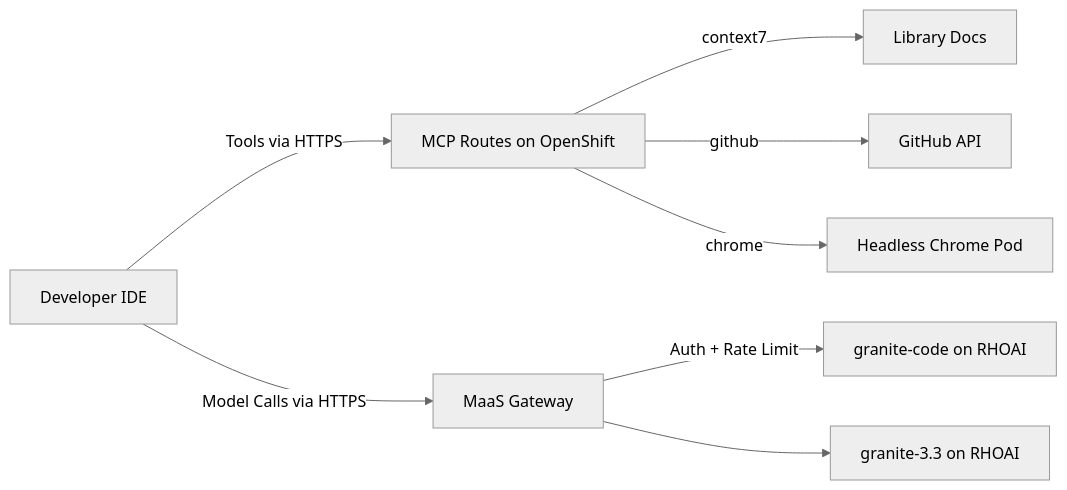
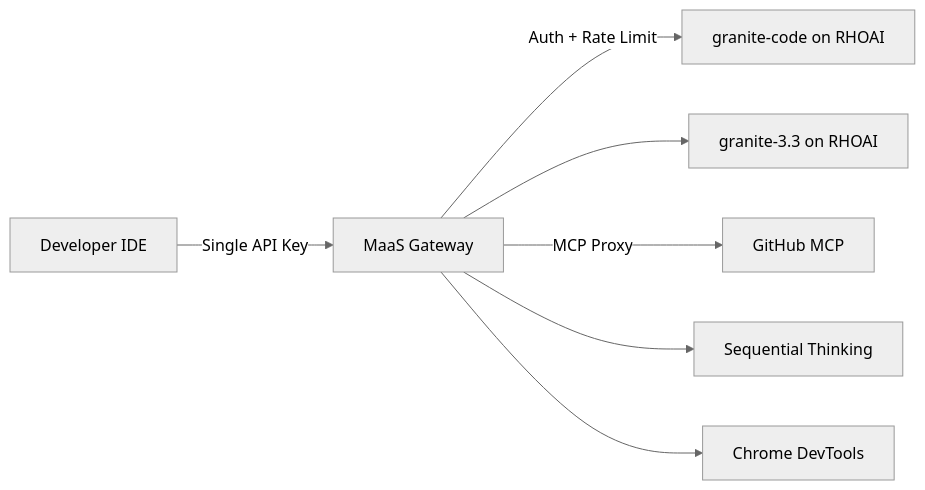
Before and after one commit to hyogrin/rhoai-coding-assistant-lab: the third of 3 diagrams in README.md, drawn with Mermaid (neutral theme). The commit also changed other lines of this file and 10 other files, not shown here.

````diff
--- a/README.md
+++ b/README.md
@@ -108,10 +109,9 @@
 ```mermaid
 flowchart LR
-    Dev[Developer IDE] -->|Tools via HTTPS| MCP[MCP Routes on OpenShift]
-    Dev -->|Model Calls via HTTPS| GW[MaaS Gateway]
+    Dev[Developer IDE] -->|Single API Key| GW[MaaS Gateway]
     GW -->|Auth + Rate Limit| M1[granite-code on RHOAI]
     GW --> M2[granite-3.3 on RHOAI]
-    MCP -->|context7| Docs[Library Docs]
-    MCP -->|github| GH[GitHub API]
-    MCP -->|chrome| Browser[Headless Chrome Pod]
+    GW -->|MCP Proxy| MCP1[GitHub MCP]
+    GW --> MCP2[Sequential Thinking]
+    GW --> MCP3[Chrome DevTools]
 ```
````
